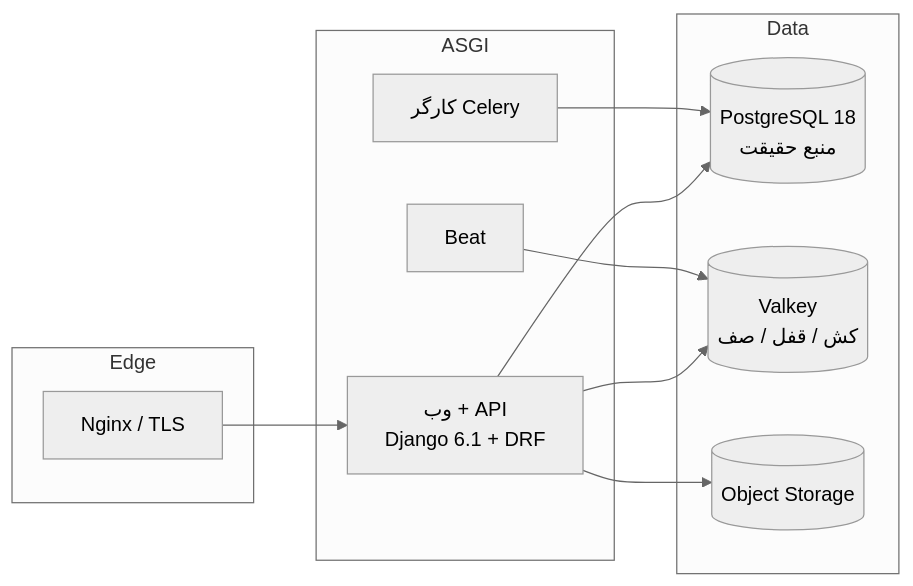
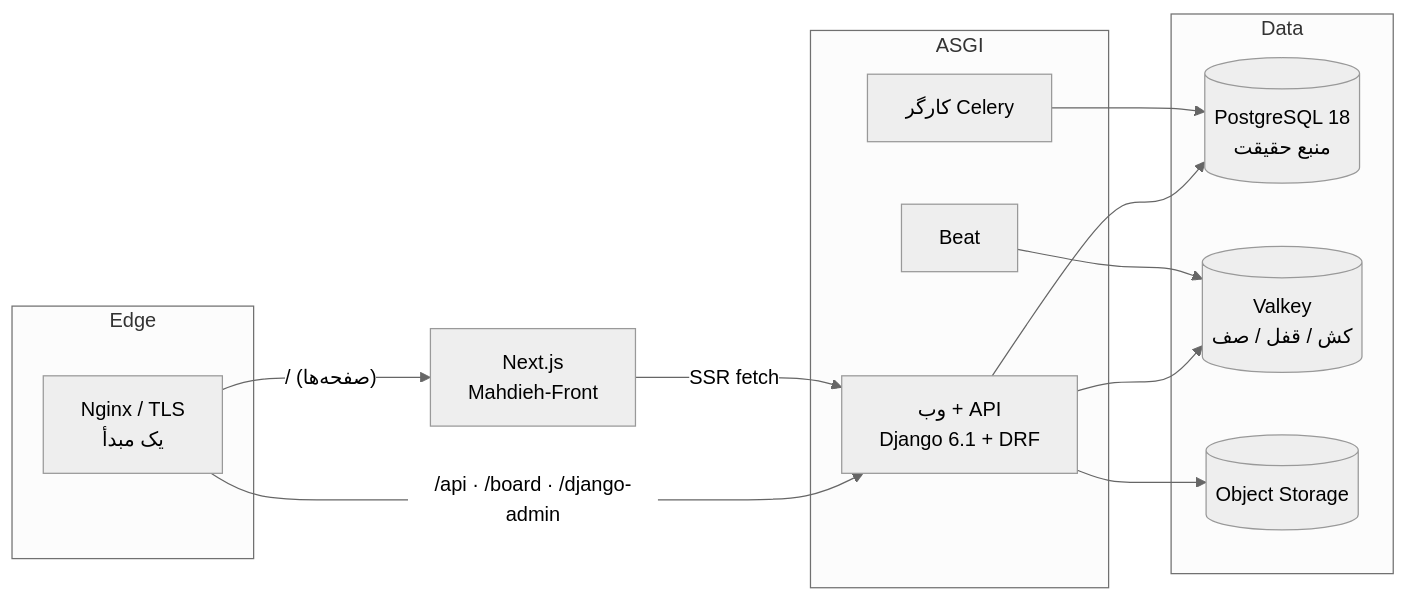
The diagram in README.md (mohebbibrothers/Mahdieh), drawn with Mermaid (neutral theme) before and after one commit. The commit also changed other lines of this file and 89 other files, not shown here.

````diff
--- a/README.md
+++ b/README.md
@@ -151,22 +156,25 @@
 ```mermaid
 graph LR
     subgraph Edge
-        N[Nginx / TLS]
+        N[Nginx / TLS<br/>یک مبدأ]
     end
+    F[Next.js<br/>Mahdieh-Front]
     subgraph App["ASGI"]
         W[وب + API<br/>Django 6.1 + DRF]
         C[کارگر Celery]
         B[Beat]
     end
     subgraph Data
         P[(PostgreSQL 18<br/>منبع حقیقت)]
         V[(Valkey<br/>کش / قفل / صف)]
         S[(Object Storage)]
     end
-    N --> W
+    N -- "/ (صفحه‌ها)" --> F
+    N -- "/api · /board · /django-admin" --> W
+    F -- "SSR fetch" --> W
     W --> P
     W --> V
     W --> S
     C --> P
     B --> V
 ```
````
